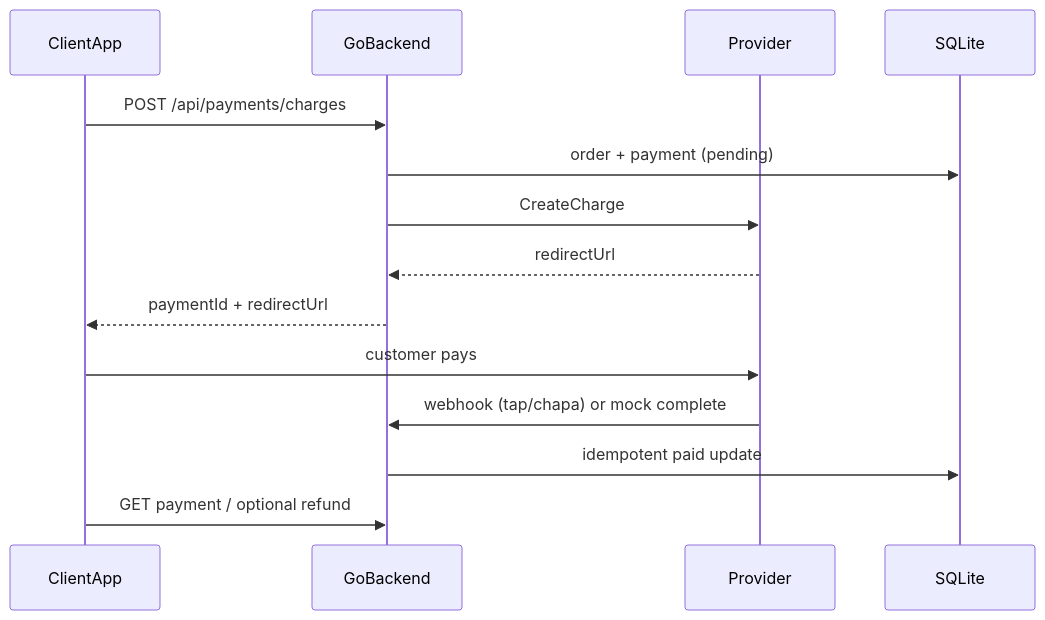
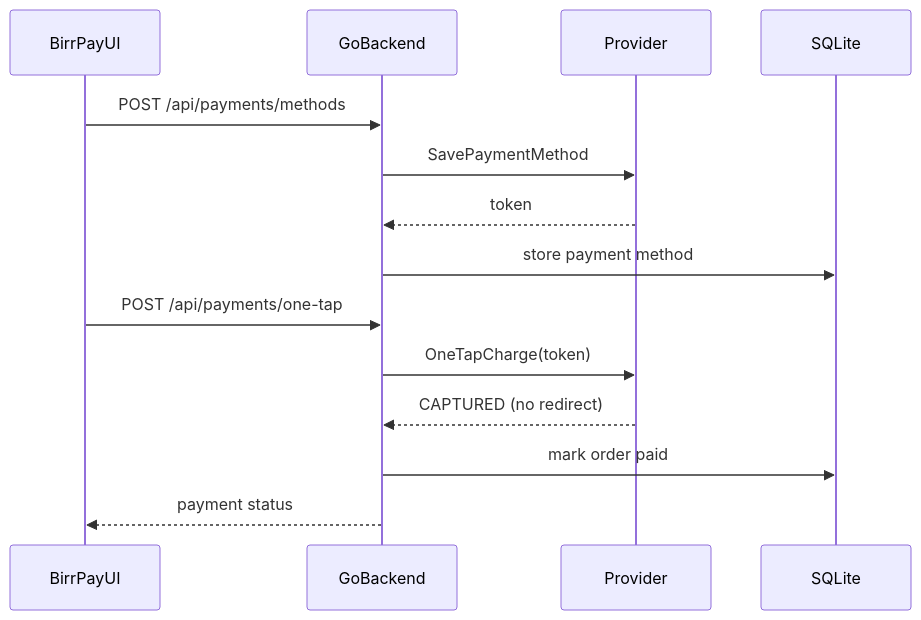
Before and after one commit to Samrwitt/Tap_Payment: the diagram in README.md, drawn with Mermaid. The commit also changed other lines of this file and 17 other files, not shown here.

Commit message:
one tap setup

````diff
--- a/README.md
+++ b/README.md
@@ -19,17 +20,17 @@
 ```mermaid
 sequenceDiagram
-  participant App as ClientApp
+  participant App as BirrPayUI
   participant API as GoBackend
   participant Prov as Provider
   participant DB as SQLite
 
-  App->>API: POST /api/payments/charges
-  API->>DB: order + payment (pending)
-  API->>Prov: CreateCharge
-  Prov-->>API: redirectUrl
-  API-->>App: paymentId + redirectUrl
-  App->>Prov: customer pays
-  Prov->>API: webhook (tap/chapa) or mock complete
-  API->>DB: idempotent paid update
-  App->>API: GET payment / optional refund
+  App->>API: POST /api/payments/methods
+  API->>Prov: SavePaymentMethod
+  Prov-->>API: token
+  API->>DB: store payment method
+  App->>API: POST /api/payments/one-tap
+  API->>Prov: OneTapCharge(token)
+  Prov-->>API: CAPTURED (no redirect)
+  API->>DB: mark order paid
+  API-->>App: payment status
 ```
````
